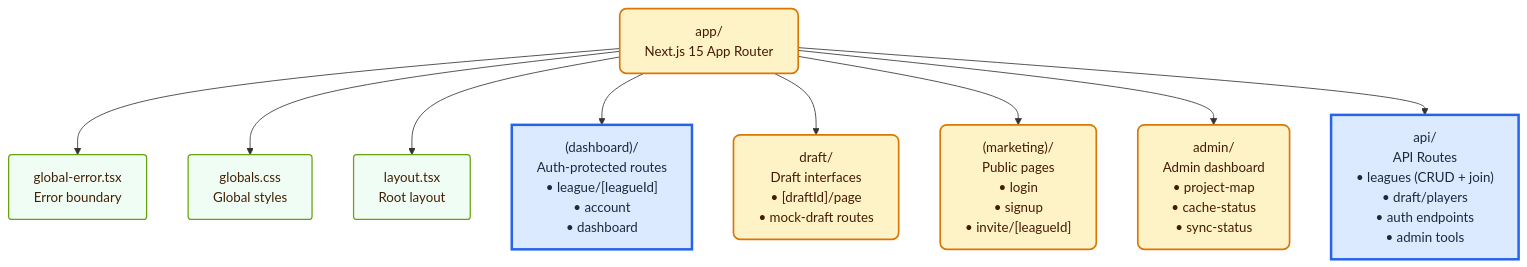
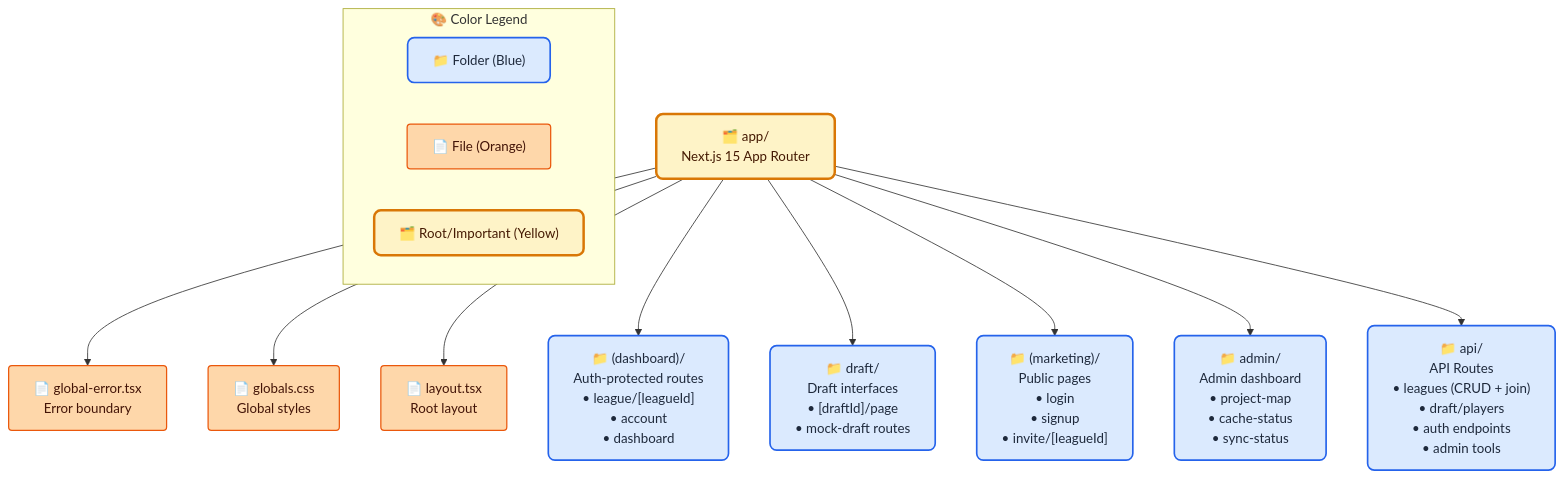
Before and after one commit to kpm34/college-football-fantasy-app: the diagram in docs/diagrams/project-map/app.md, drawn with Mermaid. The commit also changed 4 other files, not shown here.

First line of the commit message:
fix(mock-draft): resolve client_id undefined error

````diff
--- a/docs/diagrams/project-map/app.md
+++ b/docs/diagrams/project-map/app.md
@@ -3,48 +3,58 @@
 ```mermaid
 flowchart TB
-  classDef folder fill:#fef3c7,stroke:#d97706,stroke-width:2,color:#451a03,rx:8,ry:8
-  classDef file fill:#f0fdf4,stroke:#65a30d,stroke-width:1.5,color:#422006,rx:4,ry:4
-  classDef highlight fill:#dbeafe,stroke:#2563eb,stroke-width:3,color:#1e293b
+  classDef folder fill:#dbeafe,stroke:#2563eb,stroke-width:2,color:#1e293b,rx:8,ry:8
+  classDef file fill:#fed7aa,stroke:#ea580c,stroke-width:1.5,color:#431407,rx:4,ry:4
+  classDef highlight fill:#fef3c7,stroke:#d97706,stroke-width:3,color:#451a03,rx:8,ry:8
   
-  R["app/<br/>Next.js 15 App Router"]
-  class R folder
+  R["🗂️ app/<br/>Next.js 15 App Router"]
+  class R highlight
   
   %% Root files
-  global_error_tsx["global-error.tsx<br/>Error boundary"]
+  global_error_tsx["📄 global-error.tsx<br/>Error boundary"]
   class global_error_tsx file
   R --> global_error_tsx
   
-  globals_css["globals.css<br/>Global styles"]
+  globals_css["📄 globals.css<br/>Global styles"]
   class globals_css file
   R --> globals_css
   
-  layout_tsx["layout.tsx<br/>Root layout"]
+  layout_tsx["📄 layout.tsx<br/>Root layout"]
   class layout_tsx file
   R --> layout_tsx
   
   %% Main route groups
-  app_dashboard_["(dashboard)/<br/>Auth-protected routes<br/>• league/[leagueId]<br/>• account<br/>• dashboard"]
-  class app_dashboard_ highlight
+  app_dashboard_["📁 (dashboard)/<br/>Auth-protected routes<br/>• league/[leagueId]<br/>• account<br/>• dashboard"]
+  class app_dashboard_ folder
   R --> app_dashboard_
   click app_dashboard_ "/admin/project-map/app/dashboard" "Open dashboard routes"
   
-  app_draft_["draft/<br/>Draft interfaces<br/>• [draftId]/page<br/>• mock-draft routes"]
+  app_draft_["📁 draft/<br/>Draft interfaces<br/>• [draftId]/page<br/>• mock-draft routes"]
   class app_draft_ folder
   R --> app_draft_
   click app_draft_ "/admin/project-map/app/draft" "Open draft routes"
   
-  app_marketing_["(marketing)/<br/>Public pages<br/>• login<br/>• signup<br/>• invite/[leagueId]"]
+  app_marketing_["📁 (marketing)/<br/>Public pages<br/>• login<br/>• signup<br/>• invite/[leagueId]"]
   class app_marketing_ folder
   R --> app_marketing_
   click app_marketing_ "/admin/project-map/app/marketing" "Open marketing routes"
   
-  app_admin_["admin/<br/>Admin dashboard<br/>• project-map<br/>• cache-status<br/>• sync-status"]
+  app_admin_["📁 admin/<br/>Admin dashboard<br/>• project-map<br/>• cache-status<br/>• sync-status"]
   class app_admin_ folder
   R --> app_admin_
   click app_admin_ "/admin/project-map/app/admin" "Open admin tools"
   
-  app_api_["api/<br/>API Routes<br/>• leagues (CRUD + join)<br/>• draft/players<br/>• auth endpoints<br/>• admin tools"]
-  class app_api_ highlight
+  app_api_["📁 api/<br/>API Routes<br/>• leagues (CRUD + join)<br/>• draft/players<br/>• auth endpoints<br/>• admin tools"]
+  class app_api_ folder
   R --> app_api_
   click app_api_ "/admin/project-map/app/api" "Open API routes"
+
+  %% Legend
+  subgraph legend["🎨 Color Legend"]
+    folder_legend["📁 Folder (Blue)"]
+    class folder_legend folder
+    file_legend["📄 File (Orange)"]
+    class file_legend file
+    highlight_legend["🗂️ Root/Important (Yellow)"]
+    class highlight_legend highlight
+  end
 ```
````
